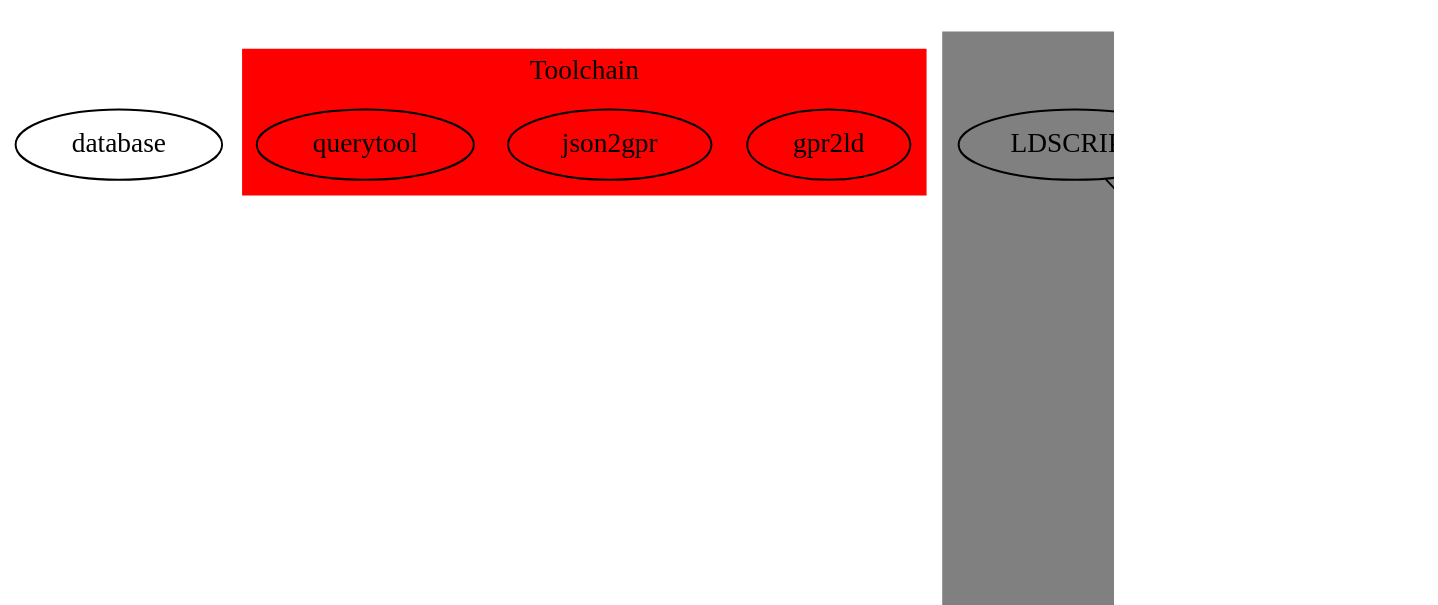
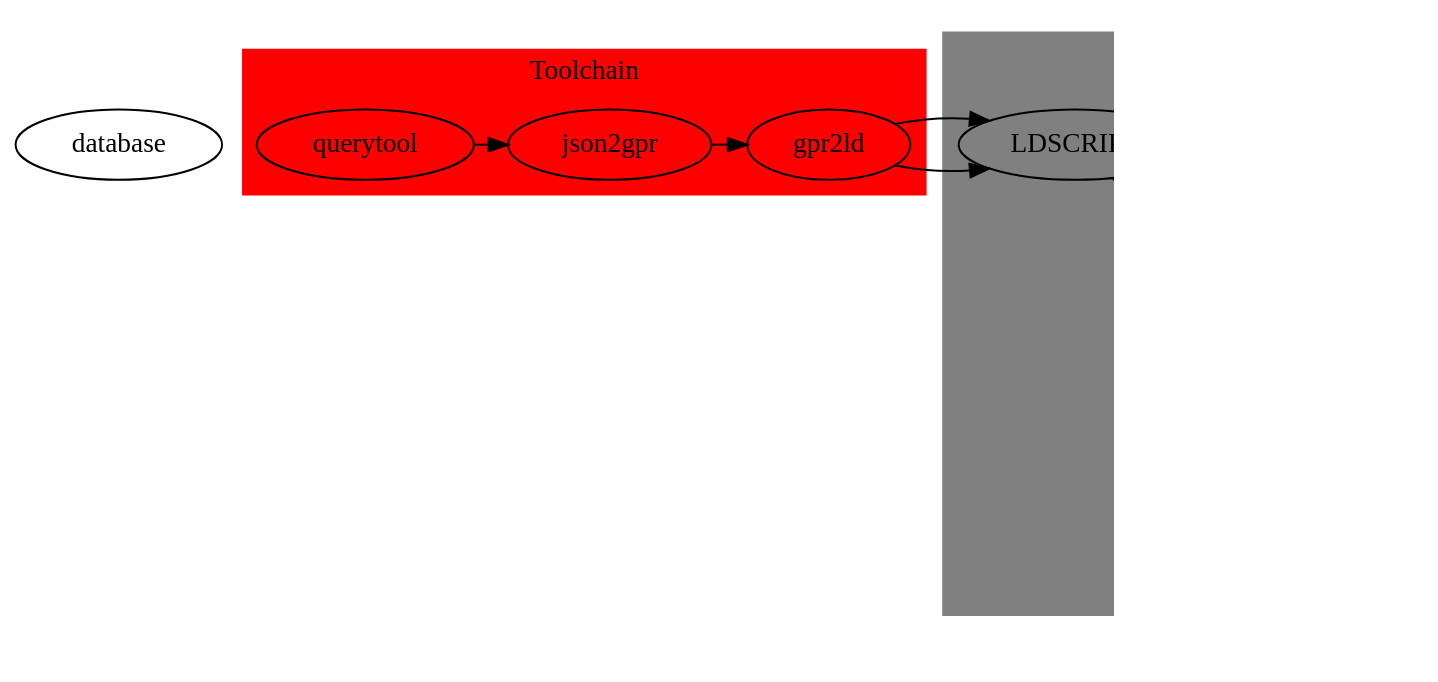
One commit to ashleygay/rapport_stage changed the diagram in newplan.dot. Above: the diagram before and after it, drawn with Graphviz.

```diff
--- a/newplan.dot
+++ b/newplan.dot
@@ -1,34 +1,41 @@
 digraph Plan {
 
 	compound=true;
 	graph [dpi = 100];
 
 	database;
 
 	subgraph cluster_tool {
 		style=filled;
     		fillcolor=red;
 		penwidth=0;
 		label="Toolchain"
 		labelloc="t";
 		{rank = same; gpr2ld; json2gpr; querytool;}
+
+		querytool -> json2gpr;
+		json2gpr -> gpr2ld;
 	}
 
 	subgraph cluster_compilation {
 		style=filled;
     		fillcolor=grey;
 		penwidth=0;
+		graph [concentrate=true]
 		label="Compilation"
 		labelloc="t";
 		{rank = same; program; files;}
-		program -> gcc;
-		files -> gcc;
+		i [shape=point];
+		program -> i -> gcc;
+		files -> i -> gcc;
 		gcc -> exec;
 		exec -> dev;
 	}
 
-	gcc [style=dotted; label="GCC"];
+	gcc [shape=box; style=dotted; label="GCC"];
 	exec [shape=box; label="Exécutable"];
 	program [label="Programme\nutilisateur"];
 	files [label="LDSCRIPT"];
+
+	gpr2ld -> files [constraint=false, concentrate=true];
 }
```
